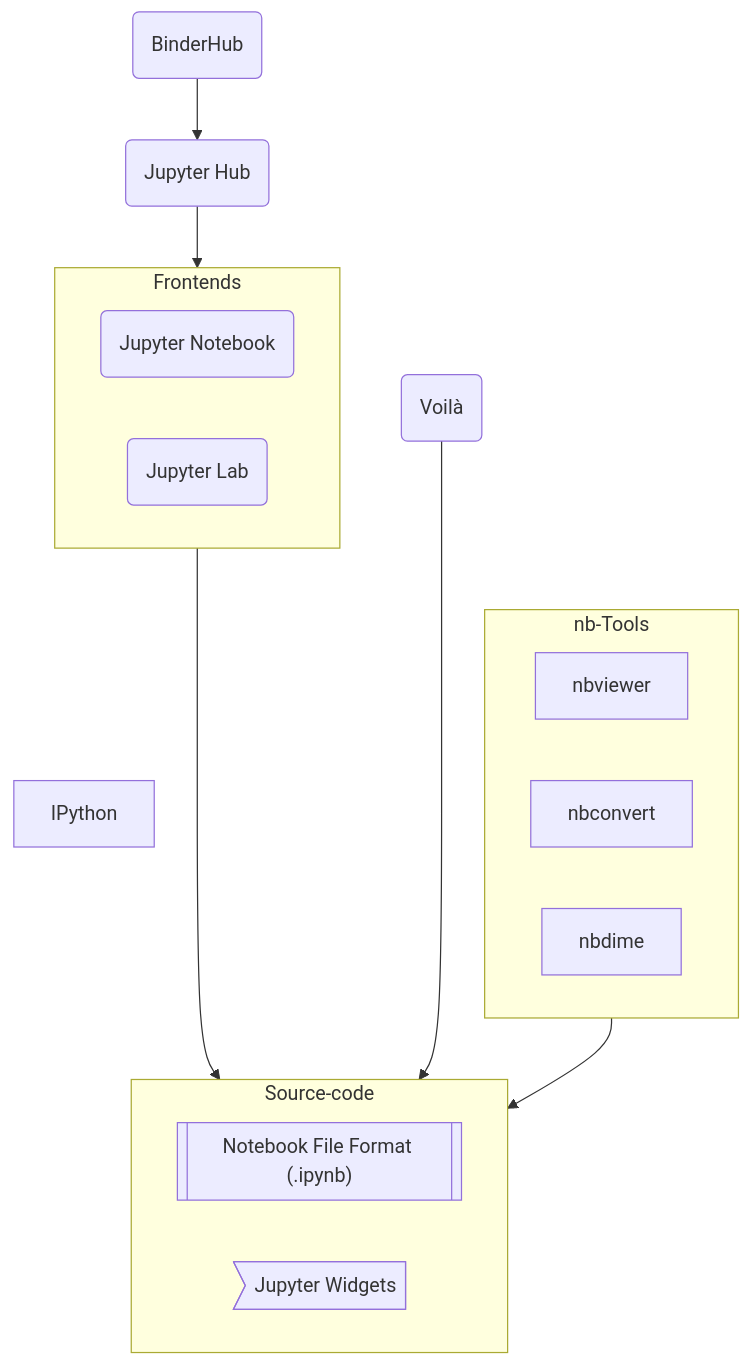
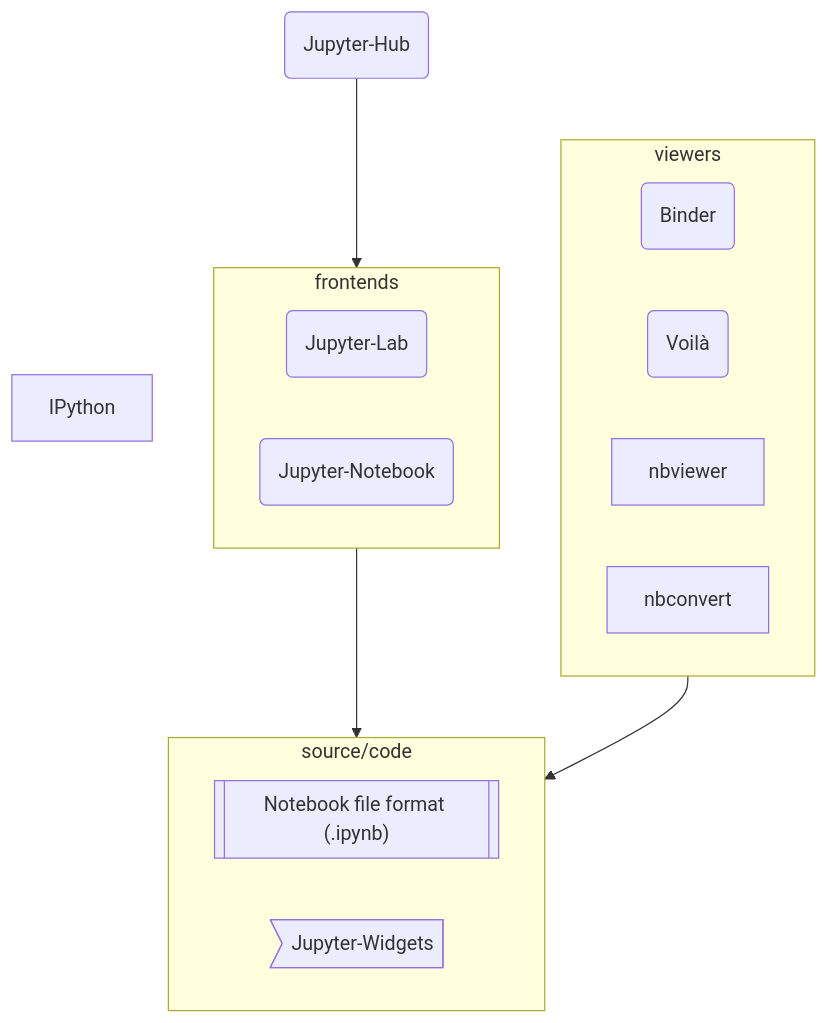
One commit to jupyter/docs-team-compass changed the diagram in wip/what_is_jupyter.md. Above: the diagram before and after it, drawn with Mermaid. The commit also changed other lines of this file, not shown here.

Commit message:
Include Hub, IPython, Widgets section to what-is-jupyter

````diff
--- a/wip/what_is_jupyter.md
+++ b/wip/what_is_jupyter.md
@@ -82,37 +85,47 @@
 ```mermaid
 graph TD
     IPython
+        click IPython href "https://ipython.org" _blank
 
-    subgraph Source-code
-        Nbformat[["Notebook File Format (.ipynb)"]]
-        JupyterWidgets>Jupyter Widgets]
+    subgraph source/code
+        Nbformat[["Notebook file format (.ipynb)"]]
+            click Nbformat href "https://nbformat.readthedocs.io" _blank
+
+        JupyterWidgets>Jupyter-Widgets]
+            click JupyterWidgets href "http://ipywidgets.readthedocs.io" _blank
     end
 
-    %%subgraph Interpreters
-        subgraph Frontends
-            JupyterNotebook(Jupyter Notebook)
-            JupyterLab(Jupyter Lab)
-        end
+    subgraph frontends
+        direction LR
 
-        subgraph nb-Tools
-            Nbviewer[nbviewer]
-            Nbconvert[nbconvert]
-            Nbdime[nbdime]
-        end
+        JupyterLab(Jupyter-Lab)
+            click JupyterLab href "https://jupyterlab.readthedocs.io" _blank
+
+        JupyterNotebook(Jupyter-Notebook)
+            click JupyterNotebook href "https://jupyter-notebook.readthedocs.io" _blank
+    end
+
+    subgraph viewers
+        direction LR
+
+        Binder(Binder)
+            click Binder href "https://mybinder.org" _blank
 
         Voila(Voilà)
-    %%end
+            click Voila href "https://voila.readthedocs.io" _blank
 
-    %%subgraph Hubs
-        JupyterHub(Jupyter Hub)
-        BinderHub(BinderHub)
-        BinderHub --> JupyterHub    
-    %%end
+        Nbviewer[nbviewer]
+            click Nbviewer href "https://nbviewer.org" _blank
 
-    JupyterHub --> Frontends
-    IPython ~~~ Source-code
-    Frontends ---> Source-code
-    Voila ---> Source-code
-    nb-Tools --> Source-code
+        Nbconvert[nbconvert]
+            click Nbconvert href "https://nbconvert.readthedocs.io" _blank
+    end
 
+    JupyterHub(Jupyter-Hub)
+        click JupyterHub href "https://jupyterhub.readthedocs.io" _blank
+
+    JupyterHub --> frontends
+    IPython ~~~ source/code
+    frontends --> source/code
+    viewers --> source/code
 ```
````
